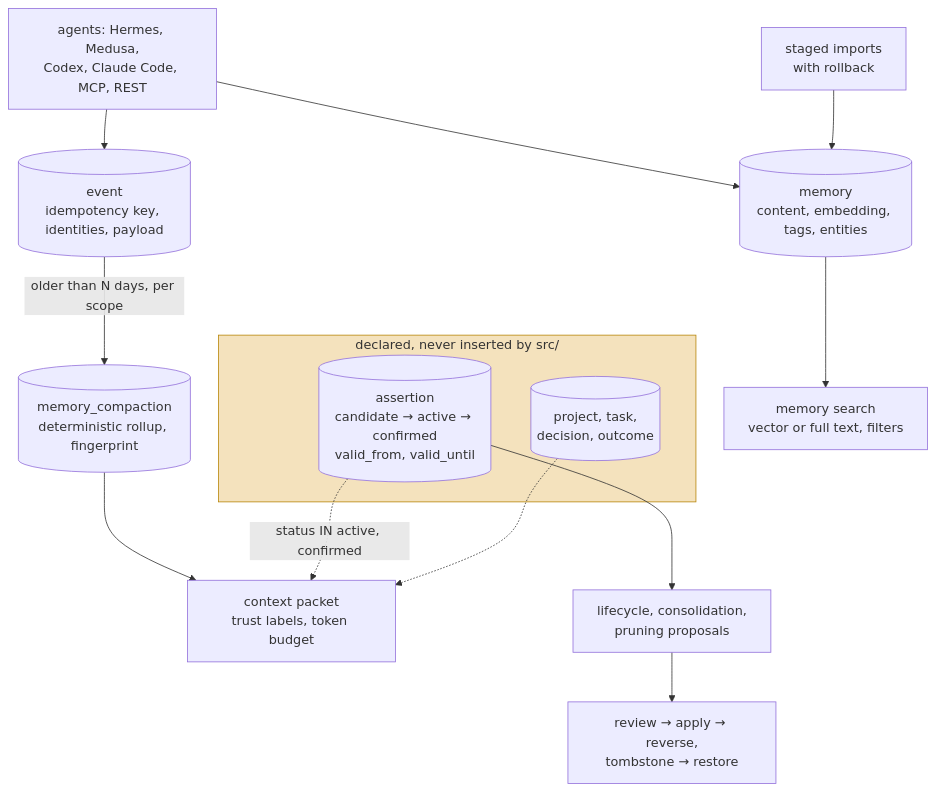
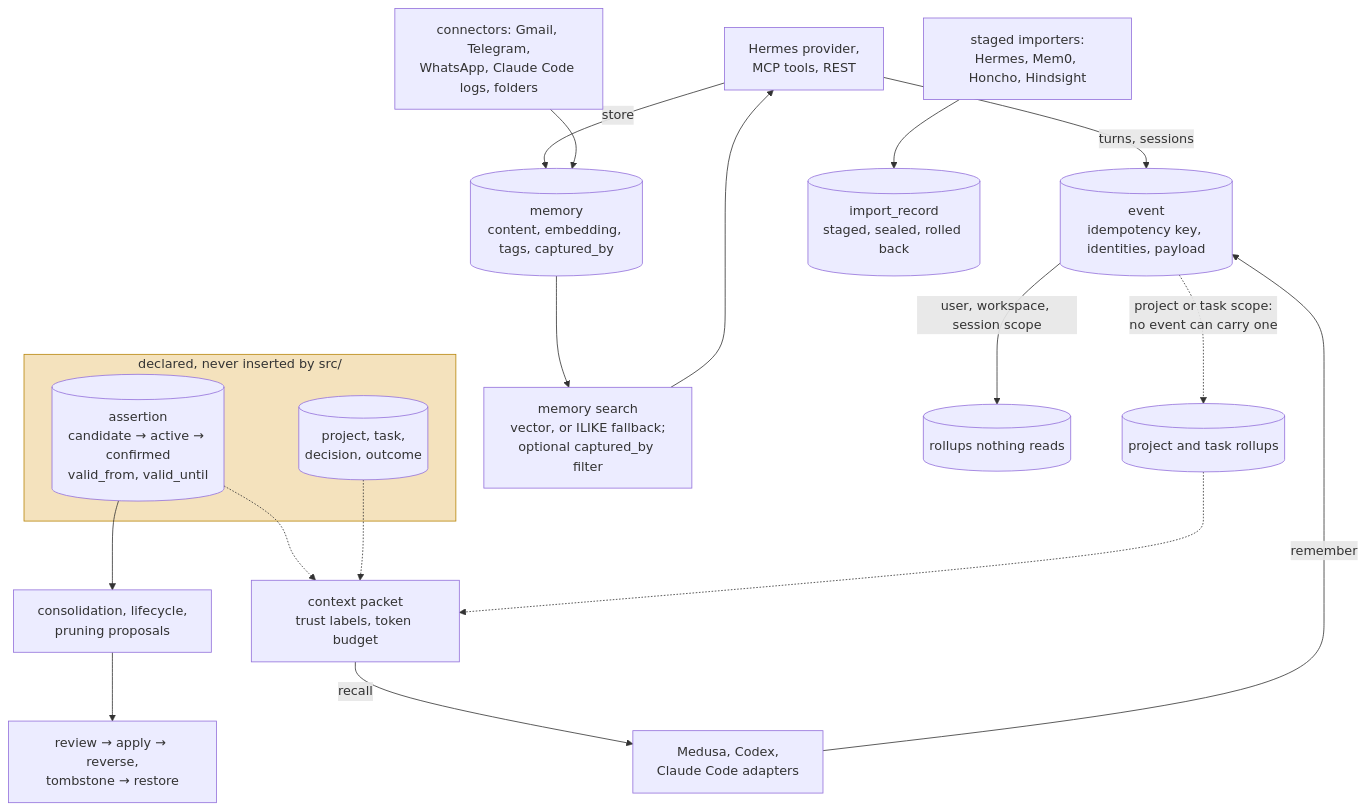
Before and after one commit to neoneye/agent-memory-atlas: the diagram in content/systems/open-brain.md, drawn with Mermaid. The commit also changed other lines of this file and 23 other files, not shown here.

````diff
--- a/content/systems/open-brain.md
+++ b/content/systems/open-brain.md
@@ -77,20 +86,25 @@
 ```mermaid
-%% caption: the live memory path, and the knowledge model beside it that nothing in the service writes
+%% caption: which writes reach a read, and which stop at a table nothing reads or a table nothing fills
 flowchart TB
-    AG["agents: Hermes, Medusa,<br/>Codex, Claude Code, MCP, REST"] --> MEM[("memory<br/>content, embedding, tags, entities")]
-    AG --> EV[("event<br/>idempotency key, identities, payload")]
-    IMP["staged imports<br/>with rollback"] --> MEM
-    EV -->|"older than N days, per scope"| ROLL[("memory_compaction<br/>deterministic rollup, fingerprint")]
-    MEM --> SEARCH["memory search<br/>vector or full text, filters"]
-    ROLL --> PKT["context packet<br/>trust labels, token budget"]
+    HM["Hermes provider,<br/>MCP tools, REST"] -->|store| MEM[("memory<br/>content, embedding, tags, captured_by")]
+    CONN["connectors: Gmail, Telegram,<br/>WhatsApp, Claude Code logs, folders"] --> MEM
+    MEM --> SEARCH["memory search<br/>vector, or ILIKE fallback;<br/>optional captured_by filter"]
+    SEARCH --> HM
+    AD["Medusa, Codex,<br/>Claude Code adapters"] -->|remember| EV[("event<br/>idempotency key, identities, payload")]
+    HM -->|"turns, sessions"| EV
+    EV -->|"user, workspace, session scope"| RU[("rollups nothing reads")]
+    EV -.->|"project or task scope:<br/>no event can carry one"| RP[("project and task rollups")]
+    STG["staged importers:<br/>Hermes, Mem0, Honcho, Hindsight"] --> IR[("import_record<br/>staged, sealed, rolled back")]
     subgraph UNWRITTEN["declared, never inserted by src/"]
       AS[("assertion<br/>candidate → active → confirmed<br/>valid_from, valid_until")]
       PROJ[("project, task,<br/>decision, outcome")]
     end
-    AS --> PROP["lifecycle, consolidation,<br/>pruning proposals"]
+    AS --> PROP["consolidation, lifecycle,<br/>pruning proposals"]
     PROP --> REV["review → apply → reverse,<br/>tombstone → restore"]
-    AS -.->|"status IN active, confirmed"| PKT
+    AS -.-> PKT["context packet<br/>trust labels, token budget"]
     PROJ -.-> PKT
+    RP -.-> PKT
+    PKT -->|recall| AD
 
     style UNWRITTEN fill:#f4e2bd,stroke:#b8860b
 ```
````
